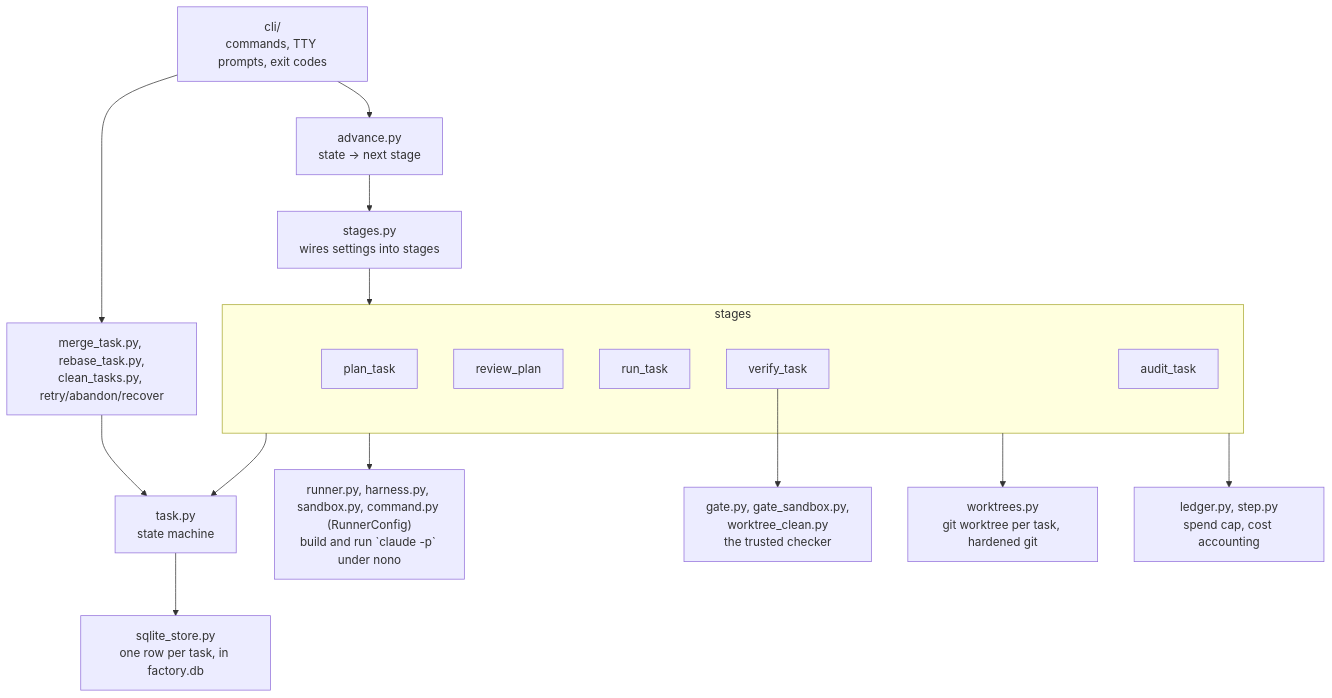
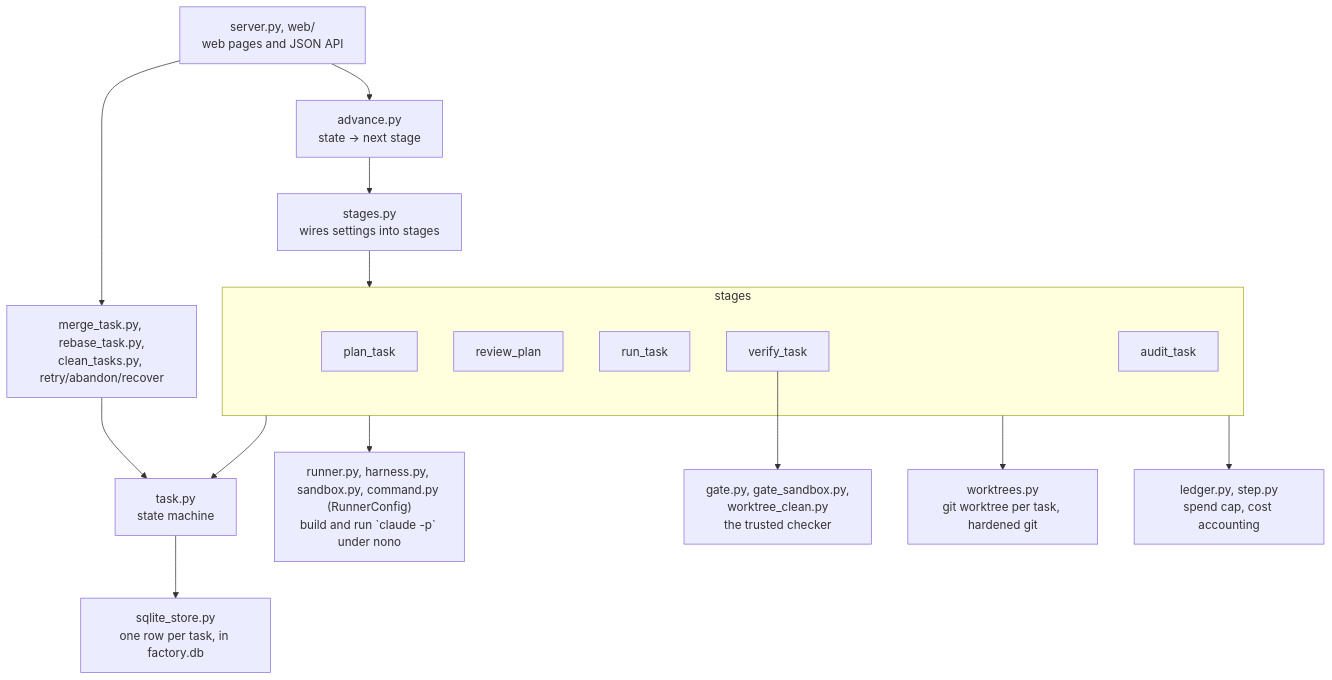
One commit to jshiell/factory changed the third of 3 diagrams in README.md. Above: the diagram before and after it, drawn with Mermaid. The commit also changed other lines of this file and 9 other files, not shown here.

````diff
--- a/README.md
+++ b/README.md
@@ -285,29 +296,29 @@
 ```mermaid
 flowchart TB
-    cli["cli/<br/>commands, TTY prompts, exit codes"]
+    web["server.py, web/<br/>web pages and JSON API"]
     advance["advance.py<br/>state → next stage"]
     stages["stages.py<br/>wires settings into stages"]
     subgraph stage_fns [stages]
         plan_task
         review_plan
         run_task
         verify_task
         audit_task
     end
     task["task.py<br/>state machine"]
     store["sqlite_store.py<br/>one row per task, in factory.db"]
     runner["runner.py, harness.py, sandbox.py, command.py (RunnerConfig)<br/>build and run `claude -p` under nono"]
     gate["gate.py, gate_sandbox.py,<br/>worktree_clean.py<br/>the trusted checker"]
     wt["worktrees.py<br/>git worktree per task, hardened git"]
     ledger["ledger.py, step.py<br/>spend cap, cost accounting"]
     human["merge_task.py, rebase_task.py,<br/>clean_tasks.py, retry/abandon/recover"]
 
-    cli --> advance --> stages --> stage_fns
-    cli --> human
+    web --> advance --> stages --> stage_fns
+    web --> human
     stage_fns --> task --> store
     stage_fns --> runner
     stage_fns --> ledger
     verify_task --> gate
     stage_fns --> wt
     human --> task
 ```
````
